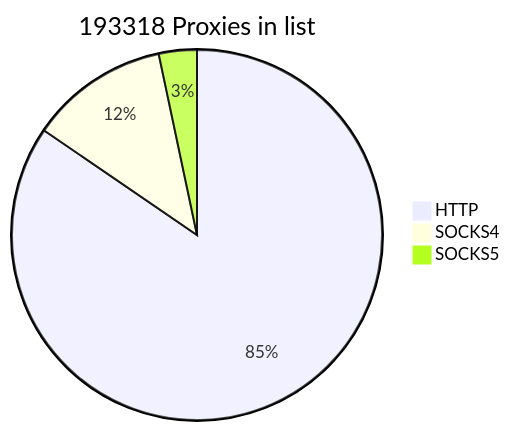
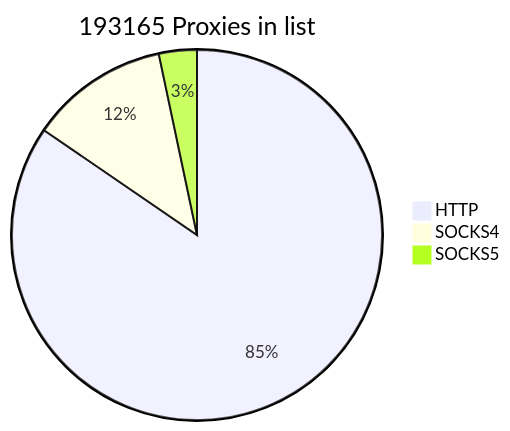
One commit to cutipu/proxylist changed the first of 2 diagrams in README.md. Above: the diagram before and after it, drawn with Mermaid. The commit also changed other lines of this file, not shown here.

````diff
--- a/README.md
+++ b/README.md
@@ -2,7 +2,7 @@
 ```mermaid
-pie title 193318 Proxies in list
-    "HTTP" : 163441
-    "SOCKS4" : 23460
-    "SOCKS5" : 6417
+pie title 193165 Proxies in list
+    "HTTP" : 163328
+    "SOCKS4" : 23436
+    "SOCKS5" : 6401
             
 ```
````
